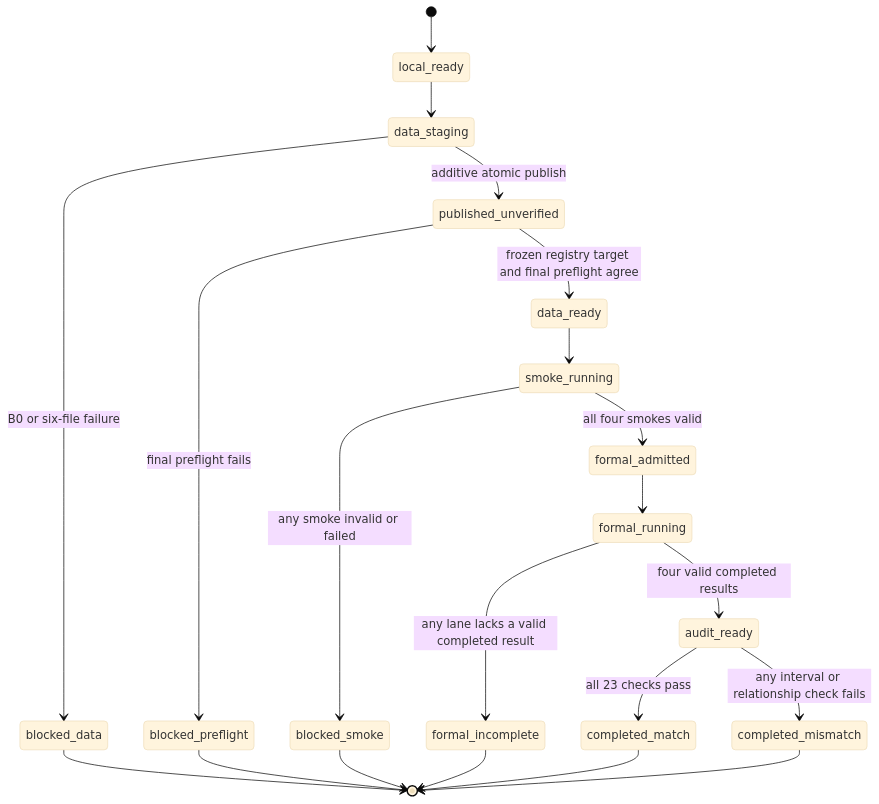
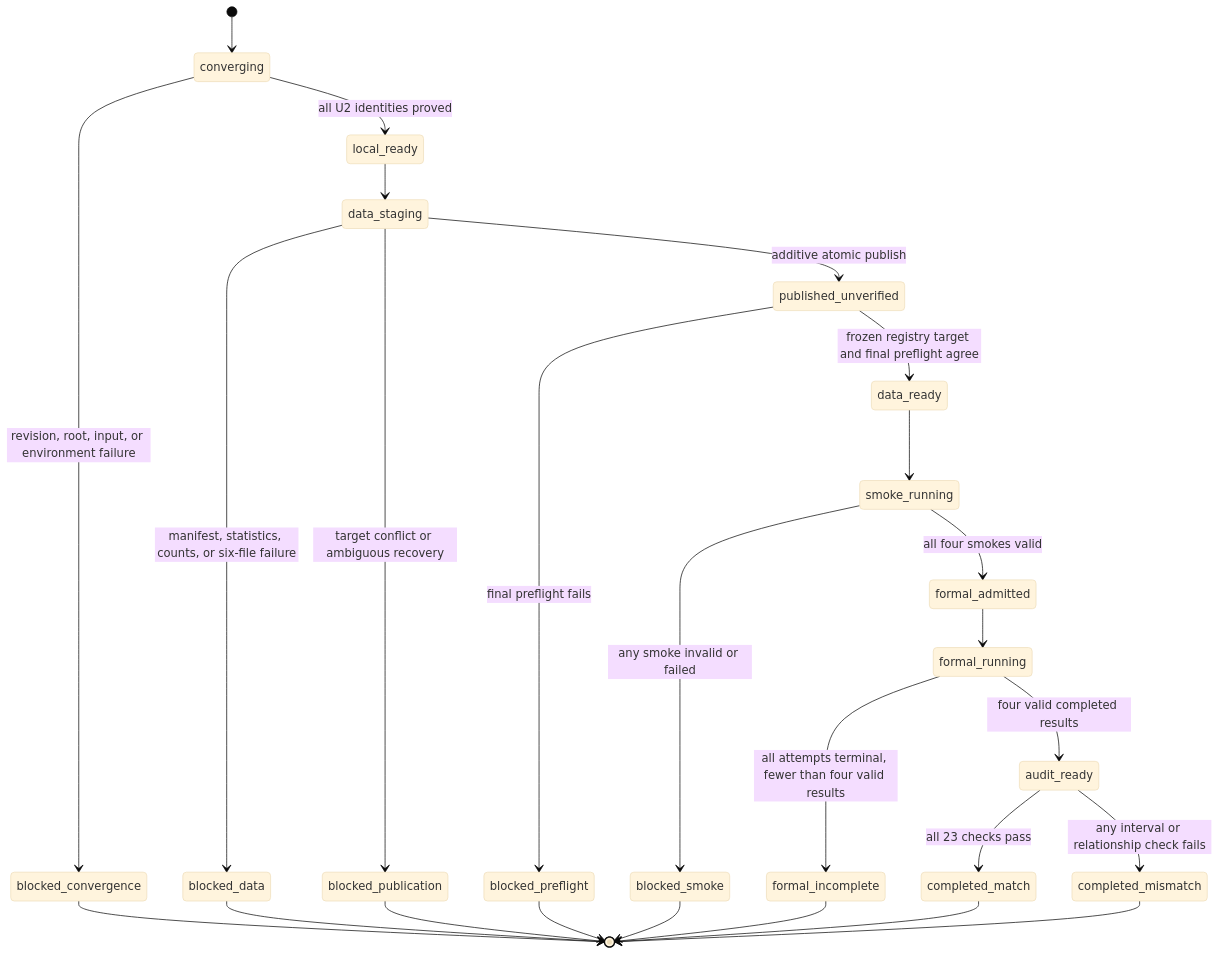
Before and after one commit to Aeonbrk/medrec-research: the second of 2 diagrams in docs/plans/2026-08-25-2140-feat-four-model-full-reproduction-plan.md, drawn with Mermaid (base theme). The commit also changed other lines of this file and 7 other files, not shown here.

````diff
--- a/docs/plans/2026-08-25-2140-feat-four-model-full-reproduction-plan.md
+++ b/docs/plans/2026-08-25-2140-feat-four-model-full-reproduction-plan.md
@@ -204,23 +255,28 @@
 ```mermaid
 stateDiagram-v2
-  [*] --> local_ready
+  [*] --> converging
+  converging --> blocked_convergence: revision, root, input, or environment failure
+  converging --> local_ready: all U2 identities proved
   local_ready --> data_staging
-  data_staging --> blocked_data: B0 or six-file failure
+  data_staging --> blocked_data: manifest, statistics, counts, or six-file failure
+  data_staging --> blocked_publication: target conflict or ambiguous recovery
   data_staging --> published_unverified: additive atomic publish
   published_unverified --> blocked_preflight: final preflight fails
   published_unverified --> data_ready: frozen registry target and final preflight agree
   data_ready --> smoke_running
   smoke_running --> blocked_smoke: any smoke invalid or failed
   smoke_running --> formal_admitted: all four smokes valid
   formal_admitted --> formal_running
-  formal_running --> formal_incomplete: any lane lacks a valid completed result
+  formal_running --> formal_incomplete: all attempts terminal, fewer than four valid results
   formal_running --> audit_ready: four valid completed results
   audit_ready --> completed_match: all 23 checks pass
   audit_ready --> completed_mismatch: any interval or relationship check fails
+  blocked_convergence --> [*]
   blocked_data --> [*]
+  blocked_publication --> [*]
   blocked_preflight --> [*]
   blocked_smoke --> [*]
   formal_incomplete --> [*]
   completed_match --> [*]
   completed_mismatch --> [*]
 ```
````
